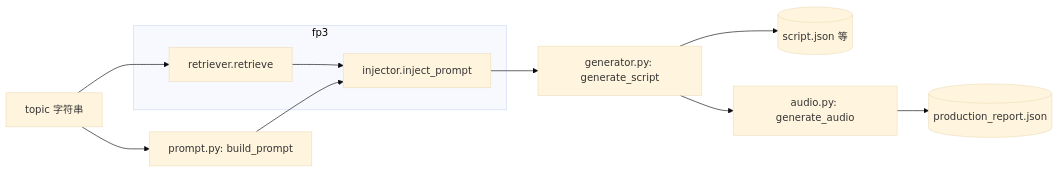
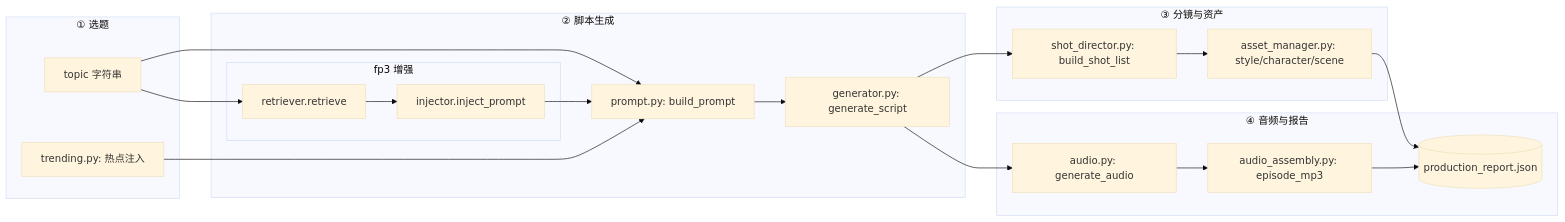
One commit to ArlesZhang/FlowBeast-Agent changed the first of 2 diagrams in FlowBeast/README.md. Above: the diagram before and after it, drawn with Mermaid (base theme). The commit also changed other lines of this file and 3 other files, not shown here.

First line of the commit message:
docs: fix FP2 typo, add phase context labels, streamline architecture diagram

````diff
--- a/FlowBeast/README.md
+++ b/FlowBeast/README.md
@@ -207,22 +95,40 @@
 ```mermaid
 flowchart LR
-  topic[topic 字符串]
-  prompt[prompt.py: build_prompt]
-  subgraph FP3[fp3]
-    RET[retriever.retrieve]
-    INJ[injector.inject_prompt]
-    RET --> INJ
+  subgraph INPUT["① 选题"]
+    topic[topic 字符串]
+    trend[trending.py: 热点注入]
   end
-  gen[generator.py: generate_script]
-  disk[(script.json 等)]
-  aud[audio.py: generate_audio]
-  rep[(production_report.json)]
+
+  subgraph GENERATE["② 脚本生成"]
+    prompt[prompt.py: build_prompt]
+    subgraph FP3[fp3 增强]
+      RET[retriever.retrieve]
+      INJ[injector.inject_prompt]
+    end
+    gen[generator.py: generate_script]
+  end
+
+  subgraph ENRICH["③ 分镜与资产"]
+    shots[shot_director.py: build_shot_list]
+    assets[asset_manager.py: style/character/scene]
+  end
+
+  subgraph PRODUCE["④ 音频与报告"]
+    audio[audio.py: generate_audio]
+    assemble[audio_assembly.py: episode_mp3]
+    rep[(production_report.json)]
+  end
 
   topic --> prompt
+  trend --> prompt
   topic --> RET
-  prompt --> INJ
-  INJ --> gen
-  gen --> disk
-  gen --> aud
-  aud --> rep
+  RET --> INJ
+  INJ --> prompt
+  prompt --> gen
+  gen --> shots
+  gen --> audio
+  shots --> assets
+  assets --> rep
+  audio --> assemble
+  assemble --> rep
 ```
````
